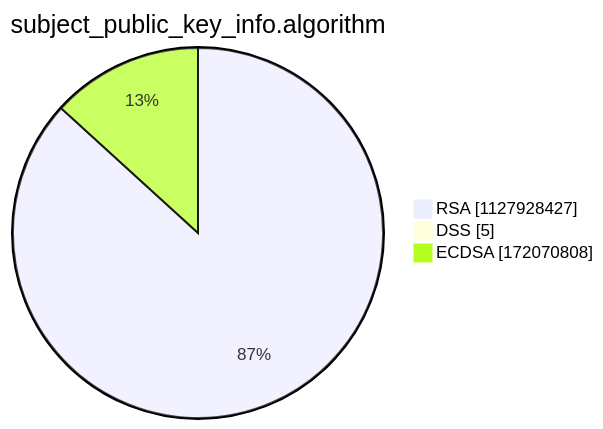
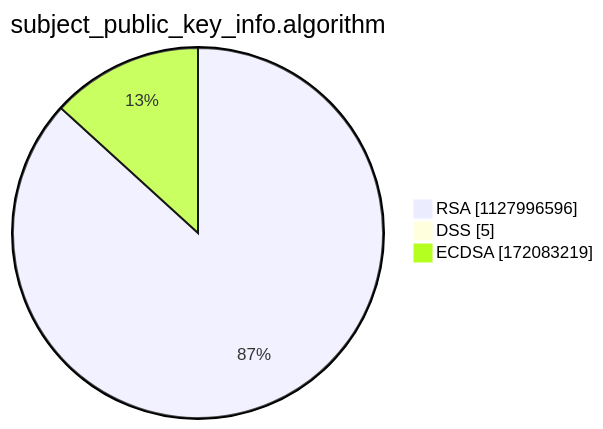
Before and after one commit to christiankrug/ctmonitor_visualization: the third of 15 diagrams in argon2022/README.md, drawn with Mermaid. The commit also changed other lines of this file, not shown here.

````diff
--- a/argon2022/README.md
+++ b/argon2022/README.md
@@ -14,7 +14,7 @@
 ```mermaid
 pie showData
 title subject_public_key_info.algorithm
-"RSA" :1127928427
+"RSA" :1127996596
 "DSS" :5
-"ECDSA" :172070808
+"ECDSA" :172083219
 ```
````
